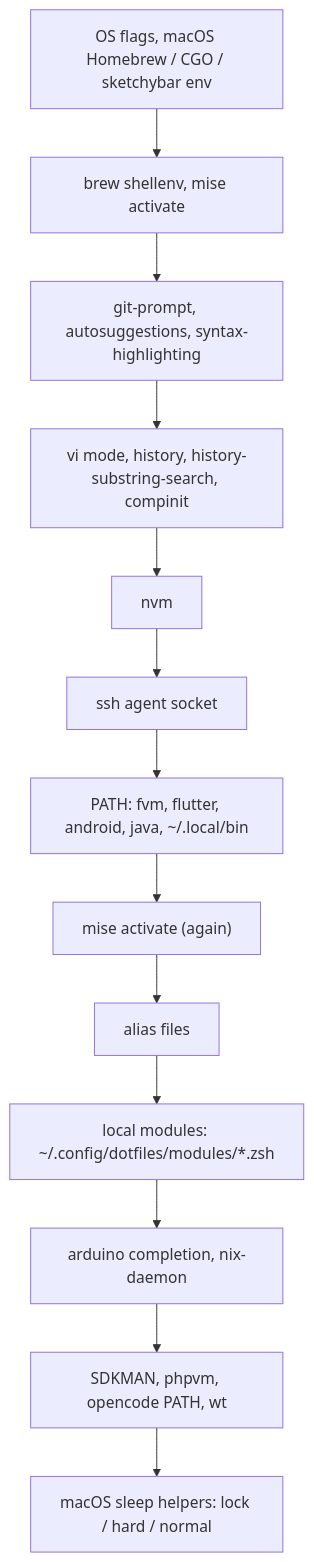
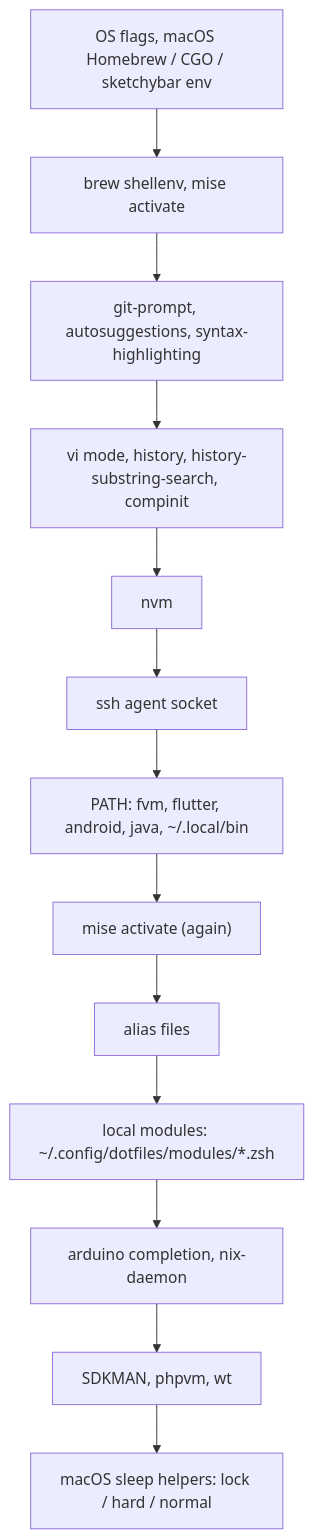
The first of 2 diagrams in docs/shell.md (arisros/dotfiles), drawn with Mermaid before and after one commit. The commit also changed other lines of this file and 47 other files, not shown here.

````diff
--- a/docs/shell.md
+++ b/docs/shell.md
@@ -5,15 +5,15 @@
 ```mermaid
 flowchart TD
   A["OS flags, macOS Homebrew / CGO / sketchybar env"] --> B["brew shellenv, mise activate"]
   B --> C["git-prompt, autosuggestions, syntax-highlighting"]
   C --> D["vi mode, history, history-substring-search, compinit"]
   D --> E["nvm"]
   E --> F["ssh agent socket"]
   F --> G["PATH: fvm, flutter, android, java, ~/.local/bin"]
   G --> H["mise activate (again)"]
   H --> I["alias files"]
   I --> J["local modules: ~/.config/dotfiles/modules/*.zsh"]
   J --> K["arduino completion, nix-daemon"]
-  K --> L["SDKMAN, phpvm, opencode PATH, wt"]
+  K --> L["SDKMAN, phpvm, wt"]
   L --> M["macOS sleep helpers: lock / hard / normal"]
 ```
````
